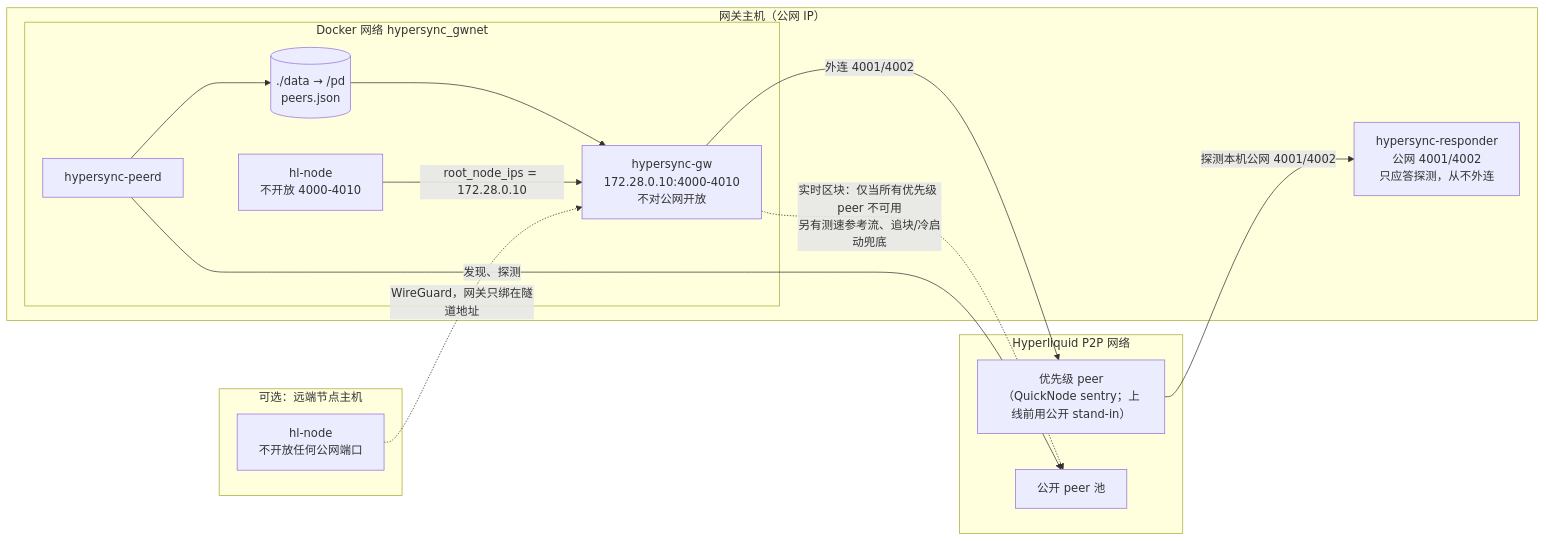
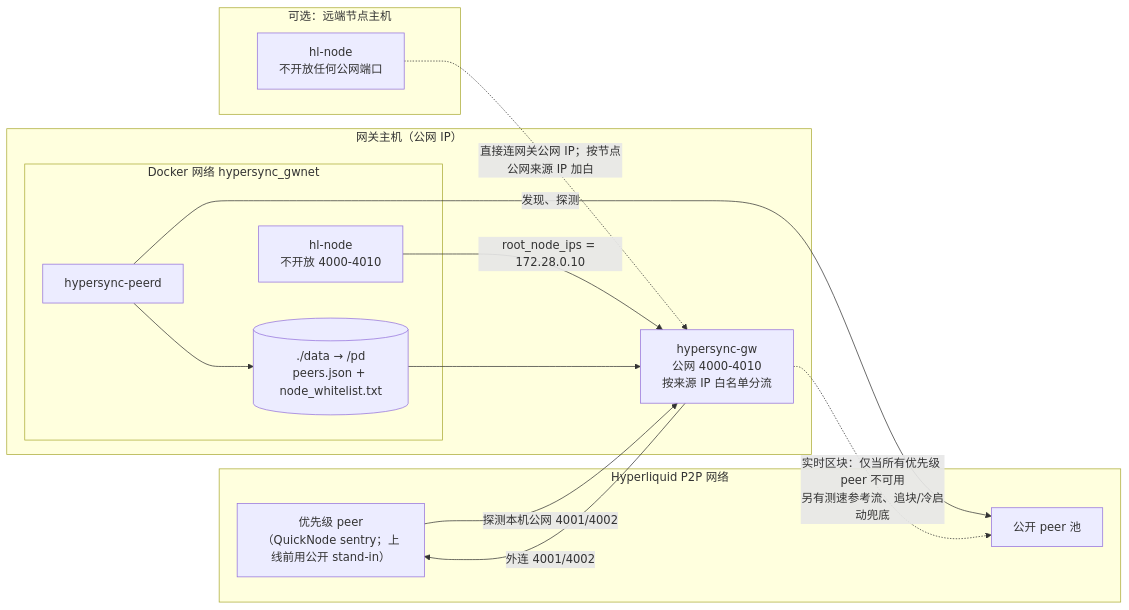
The diagram in docs/deploy-existing-hlnode.md (bufrr/hypersync), drawn with Mermaid before and after one commit. The commit also changed other lines of this file and 10 other files, not shown here.

````diff
--- a/docs/deploy-existing-hlnode.md
+++ b/docs/deploy-existing-hlnode.md
@@ -9,29 +11,28 @@
 ```mermaid
 flowchart LR
   subgraph NET["Hyperliquid P2P 网络"]
     PRIO["优先级 peer<br/>（QuickNode sentry；上线前用公开 stand-in）"]
     POOL["公开 peer 池"]
   end
 
   subgraph H["网关主机（公网 IP）"]
-    RESP["hypersync-responder<br/>公网 4001/4002<br/>只应答探测，从不外连"]
+    GW["hypersync-gw<br/>公网 4000-4010<br/>按来源 IP 白名单分流"]
     subgraph GNET["Docker 网络 hypersync_gwnet"]
-      GW["hypersync-gw<br/>172.28.0.10:4000-4010<br/>不对公网开放"]
       PEERD["hypersync-peerd"]
-      PD[("./data → /pd<br/>peers.json")]
+      PD[("./data → /pd<br/>peers.json + node_whitelist.txt")]
       NODE["hl-node<br/>不开放 4000-4010"]
     end
   end
 
   subgraph R["可选：远端节点主机"]
     RNODE["hl-node<br/>不开放任何公网端口"]
   end
 
-  PRIO -- "探测本机公网 4001/4002" --> RESP
+  PRIO -- "探测本机公网 4001/4002" --> GW
   GW -- "外连 4001/4002" --> PRIO
   GW -. "实时区块：仅当所有优先级 peer 不可用<br/>另有测速参考流、追块/冷启动兜底" .-> POOL
   PEERD -- "发现、探测" --> POOL
   PEERD --> PD --> GW
   NODE -- "root_node_ips = 172.28.0.10" --> GW
-  RNODE -. "WireGuard，网关只绑在隧道地址" .-> GW
+  RNODE -. "直接连网关公网 IP；按节点公网来源 IP 加白" .-> GW
 ```
````
